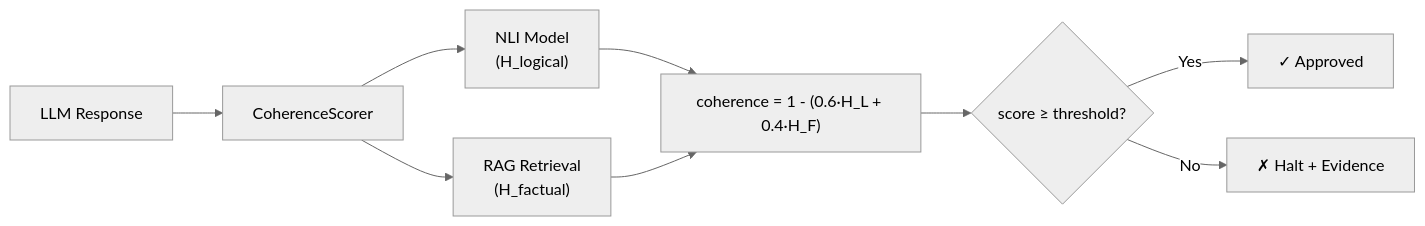
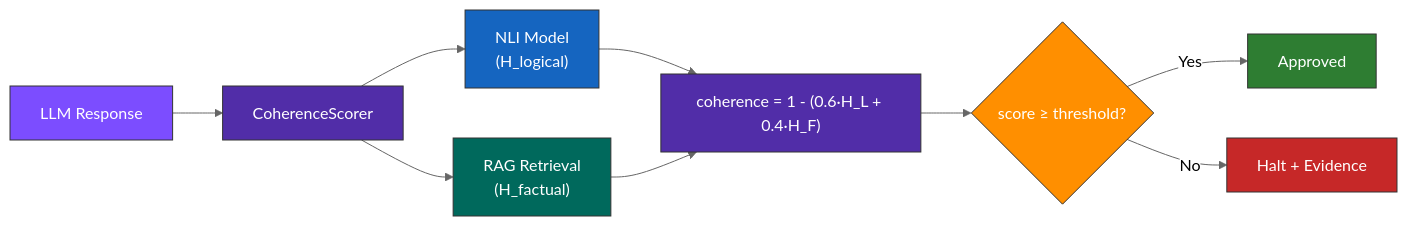
The diagram in docs-site/index.md (anulum/director-ai), drawn with Mermaid (neutral theme) before and after one commit. The commit also changed other lines of this file and 14 other files, not shown here.

````diff
--- a/docs-site/index.md
+++ b/docs-site/index.md
@@ -38,11 +45,18 @@
 ```mermaid
 graph LR
-    LLM["LLM Response"] --> SC["CoherenceScorer"]
-    SC --> NLI["NLI Model<br/>(H_logical)"]
-    SC --> RAG["RAG Retrieval<br/>(H_factual)"]
-    NLI --> SCORE["coherence = 1 - (0.6·H_L + 0.4·H_F)"]
+    LLM["LLM Response"]:::input --> SC["CoherenceScorer"]:::core
+    SC --> NLI["NLI Model<br/>(H_logical)"]:::nli
+    SC --> RAG["RAG Retrieval<br/>(H_factual)"]:::rag
+    NLI --> SCORE["coherence = 1 - (0.6·H_L + 0.4·H_F)"]:::core
     RAG --> SCORE
-    SCORE --> GATE{score ≥ threshold?}
-    GATE -->|Yes| APPROVE["✓ Approved"]
-    GATE -->|No| HALT["✗ Halt + Evidence"]
+    SCORE --> GATE{score ≥ threshold?}:::gate
+    GATE -->|Yes| APPROVE["Approved"]:::approve
+    GATE -->|No| HALT["Halt + Evidence"]:::halt
+    classDef input fill:#7c4dff,stroke:#333,color:#fff
+    classDef core fill:#512da8,stroke:#333,color:#fff
+    classDef nli fill:#1565c0,stroke:#333,color:#fff
+    classDef rag fill:#00695c,stroke:#333,color:#fff
+    classDef gate fill:#ff8f00,stroke:#333,color:#fff
+    classDef approve fill:#2e7d32,stroke:#333,color:#fff
+    classDef halt fill:#c62828,stroke:#333,color:#fff
 ```
````
